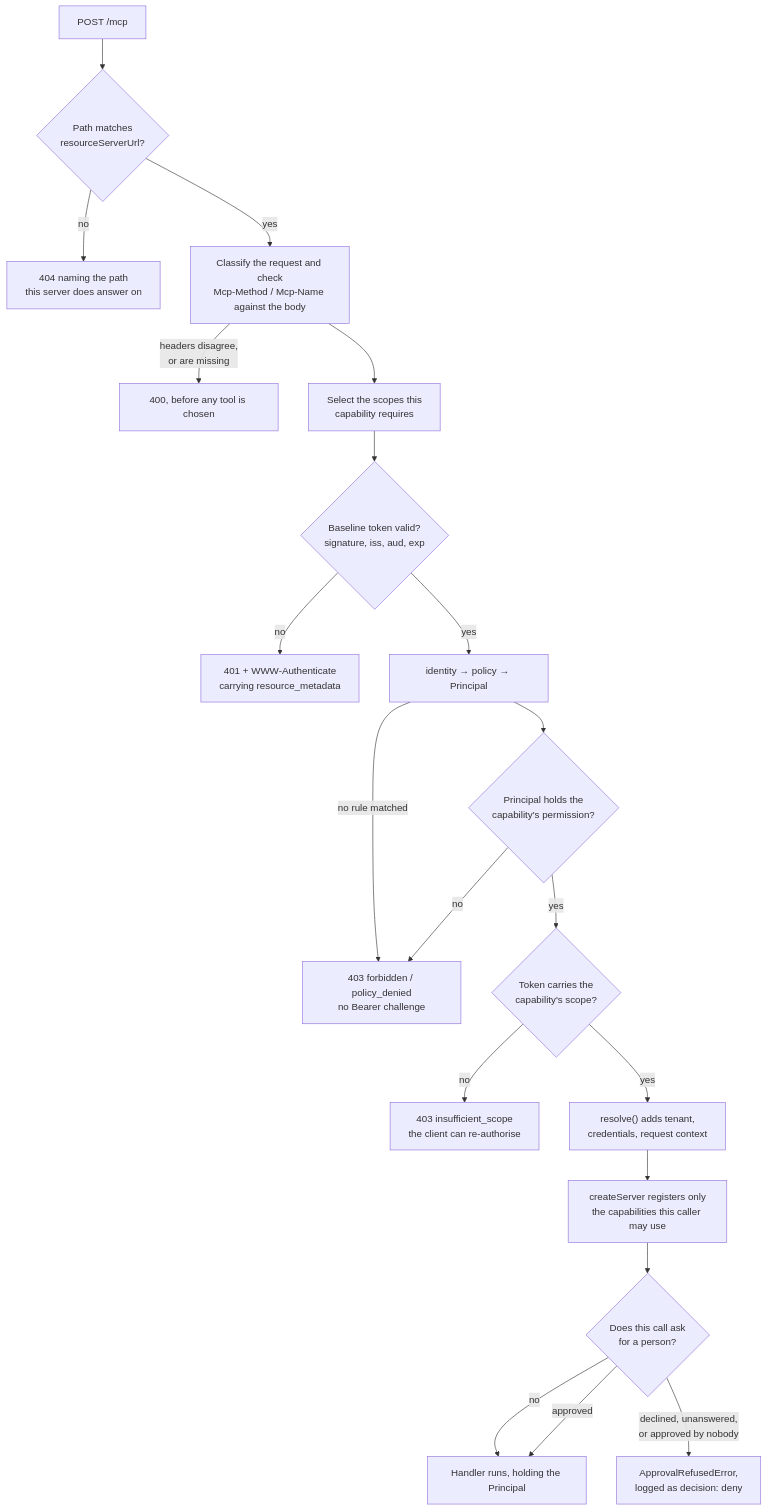
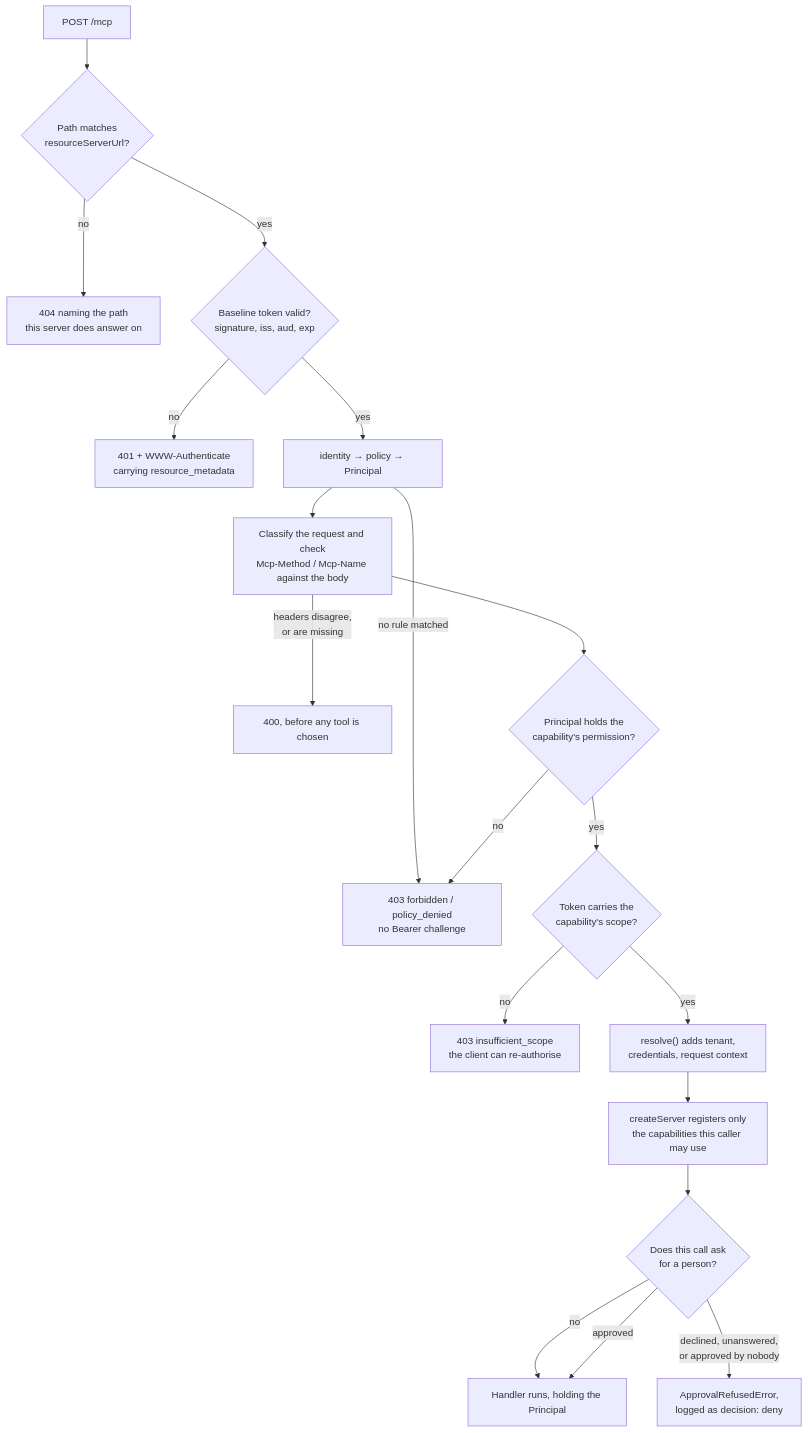
Before and after one commit to jagreehal/mcp-authz: the fifth of 5 diagrams in README.md, drawn with Mermaid. The commit also changed other lines of this file and 62 other files, not shown here.

````diff
--- a/README.md
+++ b/README.md
@@ -170,22 +190,21 @@
 ```mermaid
 flowchart TD
     R["POST /mcp"] --> Path{"Path matches<br/>resourceServerUrl?"}
     Path -->|no| E404["404 naming the path<br/>this server does answer on"]
-    Path -->|yes| Pre["Classify the request and check<br/>Mcp-Method / Mcp-Name against the body"]
-    Pre -->|"headers disagree,<br/>or are missing"| E400["400, before any tool is chosen"]
-    Pre --> Sc["Select the scopes this<br/>capability requires"]
-    Sc --> Bearer{"Baseline token valid?<br/>signature, iss, aud, exp"}
+    Path -->|yes| Bearer{"Baseline token valid?<br/>signature, iss, aud, exp"}
     Bearer -->|no| E401["401 + WWW-Authenticate<br/>carrying resource_metadata"]
     Bearer -->|yes| Pol["identity → policy → Principal"]
     Pol -->|"no rule matched"| E403["403 forbidden / policy_denied<br/>no Bearer challenge"]
-    Pol --> Perm{"Principal holds the<br/>capability's permission?"}
+    Pol --> Pre["Classify the request and check<br/>Mcp-Method / Mcp-Name against the body"]
+    Pre -->|"headers disagree,<br/>or are missing"| E400["400, before any tool is chosen"]
+    Pre --> Perm{"Principal holds the<br/>capability's permission?"}
     Perm -->|no| E403
     Perm -->|yes| Scope{"Token carries the<br/>capability's scope?"}
     Scope -->|no| E403S["403 insufficient_scope<br/>the client can re-authorise"]
     Scope -->|yes| Ctx["resolve() adds tenant,<br/>credentials, request context"]
     Ctx --> Build["createServer registers only<br/>the capabilities this caller may use"]
     Build --> Ask{"Does this call ask<br/>for a person?"}
     Ask -->|no| H
     Ask -->|"declined, unanswered,<br/>or approved by nobody"| E403A["ApprovalRefusedError,<br/>logged as decision: deny"]
     Ask -->|approved| H["Handler runs, holding the Principal"]
 ```
````
